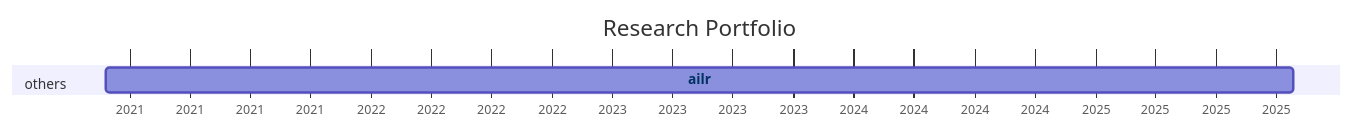
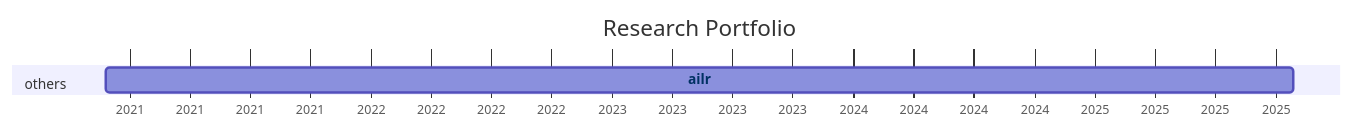
The diagram in docs/20-research/25-projects-gantt.md (digital-work-lab/handbook), drawn with Mermaid before and after one commit.

Commit message:
Update repository overview

````diff
--- a/docs/20-research/25-projects-gantt.md
+++ b/docs/20-research/25-projects-gantt.md
@@ -8,21 +8,21 @@
 ```mermaid
 ---
 displayMode: compact
 ---
 gantt
 title Research Portfolio
 dateFormat YYYY-MM-DD
 axisFormat %Y
 
     section work_practices
 
     section distributed_organizing
 
     section knowledge_synthesis
 
     section others
-        ailr :ailr, 2020-11-26, 2025-10-27
+        ailr :ailr, 2020-11-26, 2025-10-28
 
 
     click ailr href "{{ site.baseurl }}/docs/10-lab/18-resources/ailr.html"
 ```
````
